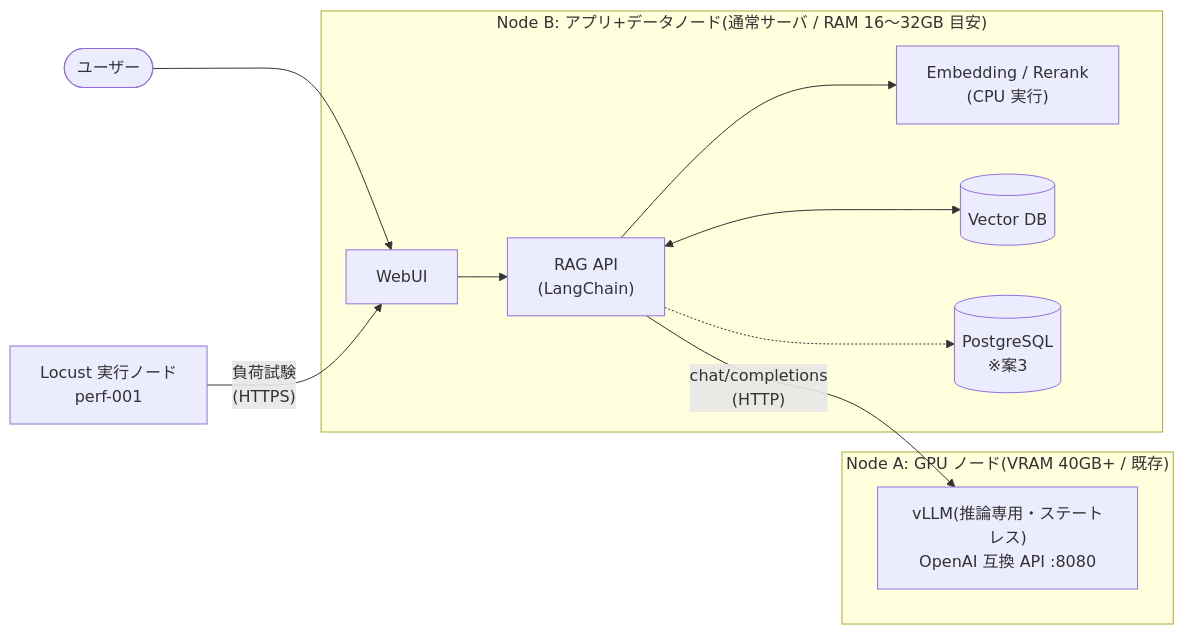
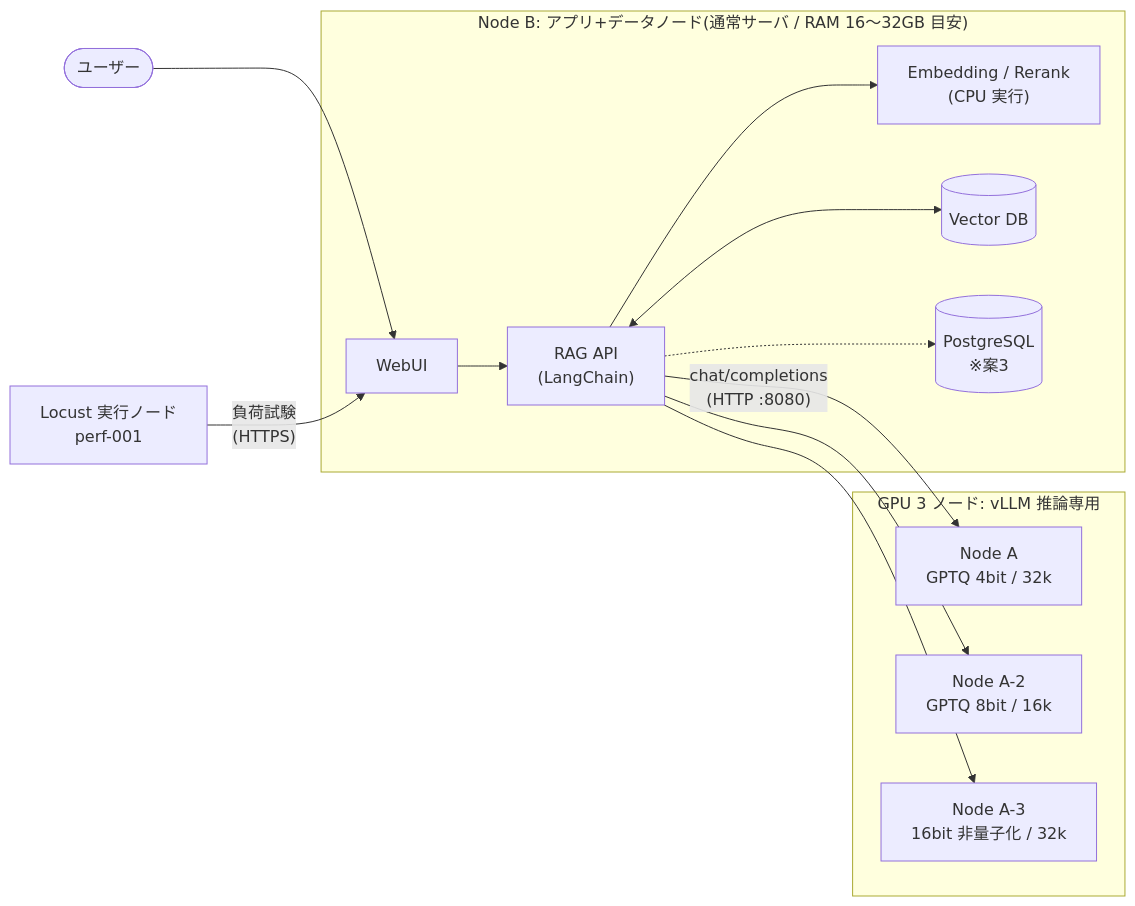
The second of 2 diagrams in 01-design/README.md (irimura/rag-system), drawn with Mermaid before and after one commit. The commit also changed other lines of this file and 16 other files, not shown here.

First line of the commit message:
Document three-node GPU inference architecture

````diff
--- a/01-design/README.md
+++ b/01-design/README.md
@@ -60,25 +60,29 @@
 ```mermaid
 flowchart LR
     U(["ユーザー"])
     PERF["Locust 実行ノード<br/>perf-001"]
 
     subgraph nodeB["Node B: アプリ+データノード(通常サーバ / RAM 16〜32GB 目安)"]
         UI["WebUI"]
         API["RAG API<br/>(LangChain)"]
         TEI["Embedding / Rerank<br/>(CPU 実行)"]
         VDB[("Vector DB")]
         PG[("PostgreSQL<br/>※案3")]
         UI --> API
         API --> TEI
         API <--> VDB
         API -.-> PG
     end
 
-    subgraph nodeA["Node A: GPU ノード(VRAM 40GB+ / 既存)"]
-        VLLM["vLLM(推論専用・ステートレス)<br/>OpenAI 互換 API :8080"]
+    subgraph gpuNodes["GPU 3 ノード: vLLM 推論専用"]
+        A["Node A<br/>GPTQ 4bit / 32k"]
+        A2["Node A-2<br/>GPTQ 8bit / 16k"]
+        A3["Node A-3<br/>16bit 非量子化 / 32k"]
     end
 
     U --> UI
     PERF -->|"負荷試験<br/>(HTTPS)"| UI
-    API -->|"chat/completions<br/>(HTTP)"| VLLM
+    API -->|"chat/completions<br/>(HTTP :8080)"| A
+    API --> A2
+    API --> A3
 ```
````
